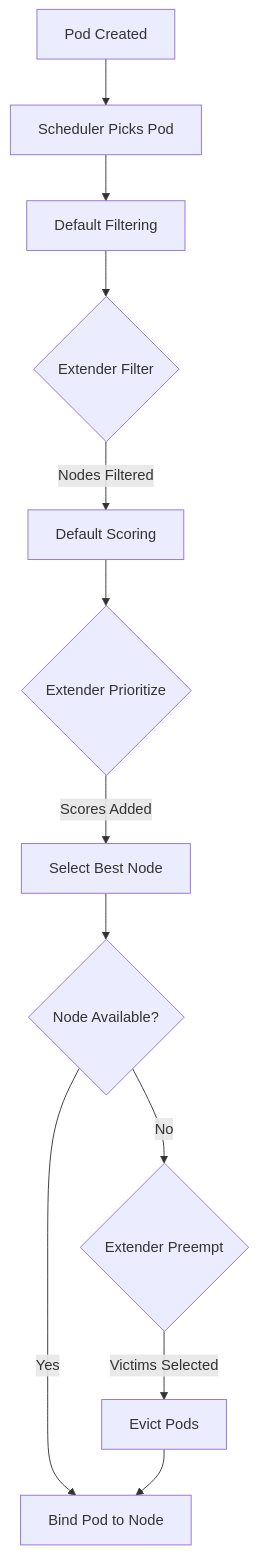
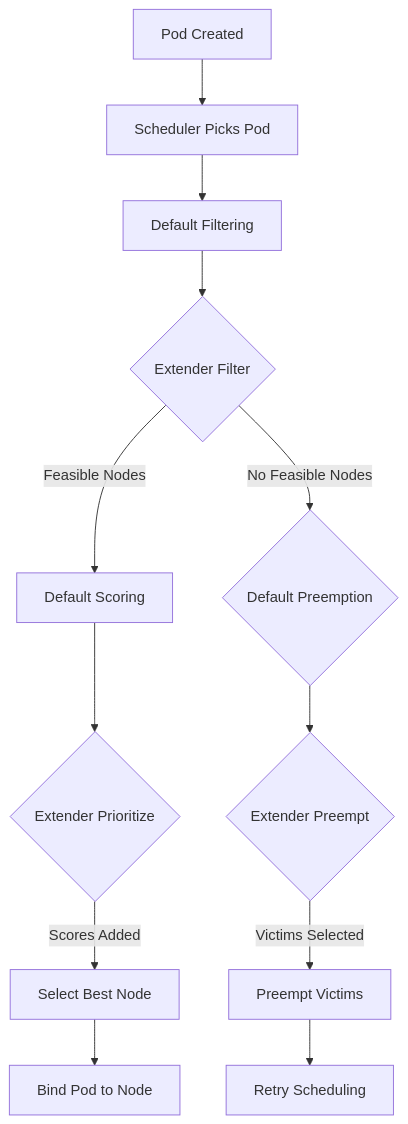
The first of 3 diagrams in posts/2026-01-30-kubernetes-scheduler-extenders/README.md (OneUptime/blog), drawn with Mermaid before and after one commit. The commit also changed other lines of this file and 2 other files, not shown here.

````diff
--- a/posts/2026-01-30-kubernetes-scheduler-extenders/README.md
+++ b/posts/2026-01-30-kubernetes-scheduler-extenders/README.md
@@ -21,14 +22,14 @@
 ```mermaid
 flowchart TD
     A[Pod Created] --> B[Scheduler Picks Pod]
     B --> C[Default Filtering]
     C --> D{Extender Filter}
-    D -->|Nodes Filtered| E[Default Scoring]
+    D -->|Feasible Nodes| E[Default Scoring]
     E --> F{Extender Prioritize}
     F -->|Scores Added| G[Select Best Node]
-    G --> H{Node Available?}
-    H -->|Yes| I[Bind Pod to Node]
-    H -->|No| J{Extender Preempt}
-    J -->|Victims Selected| K[Evict Pods]
-    K --> I
+    G --> I[Bind Pod to Node]
+    D -->|No Feasible Nodes| J{Default Preemption}
+    J --> K{Extender Preempt}
+    K -->|Victims Selected| L[Preempt Victims]
+    L --> M[Retry Scheduling]
 ```
````
